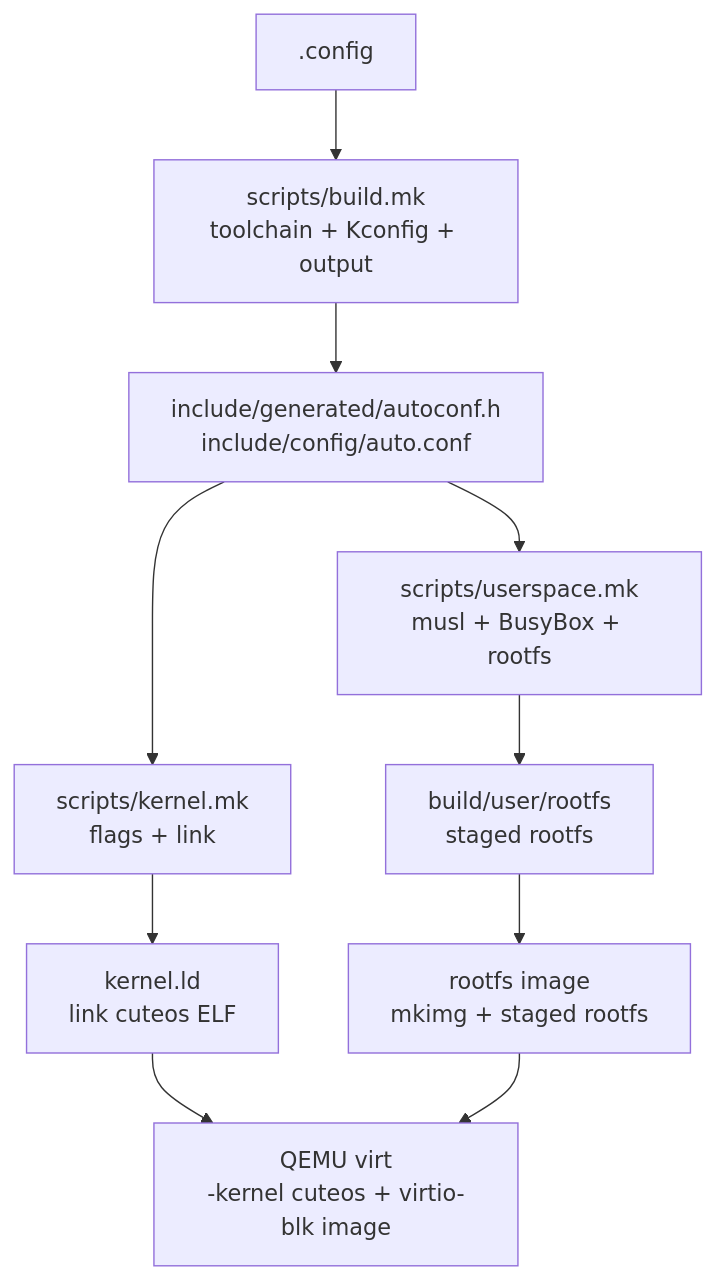
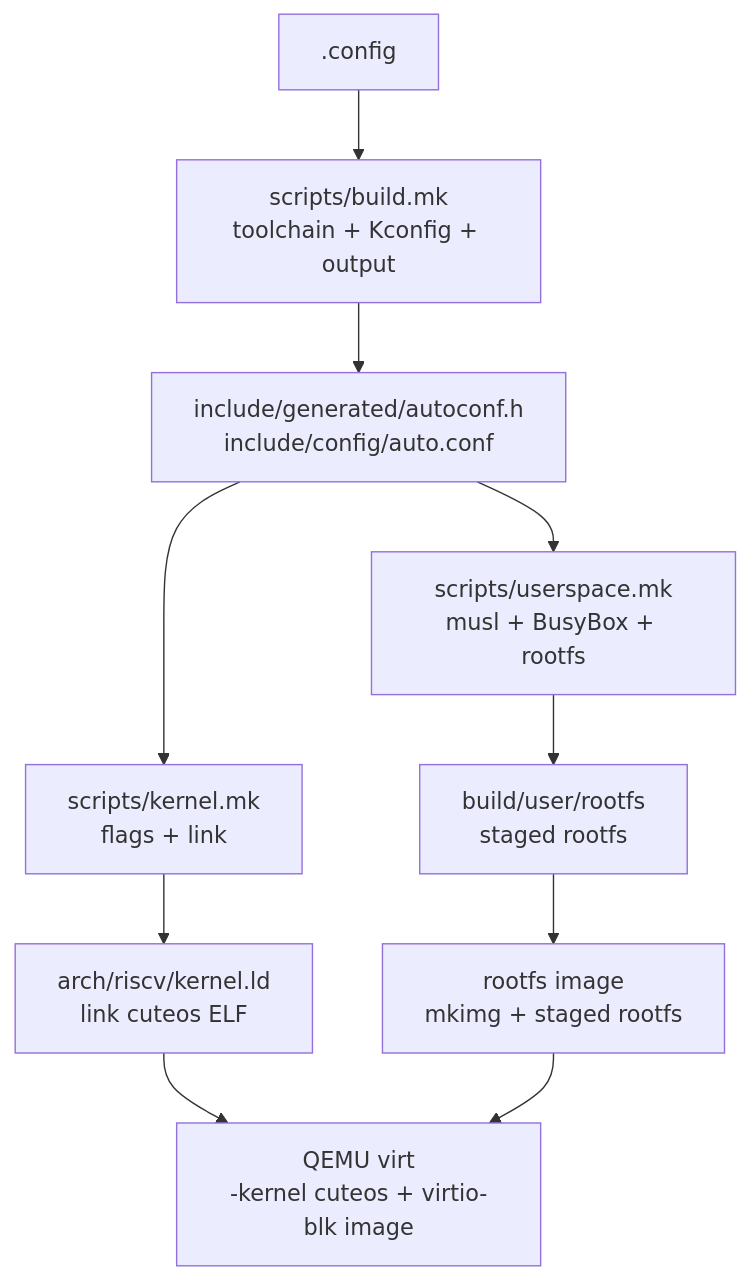
Before and after one commit to pillow-zx/CuteOS: the first of 2 diagrams in docs/architecture/compile.md, drawn with Mermaid. The commit also changed other lines of this file and 28 other files, not shown here.

````diff
--- a/docs/architecture/compile.md
+++ b/docs/architecture/compile.md
@@ -9,20 +9,20 @@
 ```mermaid
 flowchart TD
     Config[".config"]
     Build["scripts/build.mk<br/>toolchain + Kconfig + output"]
     Auto["include/generated/autoconf.h<br/>include/config/auto.conf"]
     Kernel["scripts/kernel.mk<br/>flags + link"]
     User["scripts/userspace.mk<br/>musl + BusyBox + rootfs"]
     Rootfs["build/user/rootfs<br/>staged rootfs"]
-    Link["kernel.ld<br/>link cuteos ELF"]
+    Link["arch/riscv/kernel.ld<br/>link cuteos ELF"]
     Image["rootfs image<br/>mkimg + staged rootfs"]
     Qemu["QEMU virt<br/>-kernel cuteos + virtio-blk image"]
 
     Config --> Build --> Auto
     Auto --> Kernel
     Auto --> User
     Kernel --> Link
     User --> Rootfs --> Image
     Link --> Qemu
     Image --> Qemu
 ```
````
